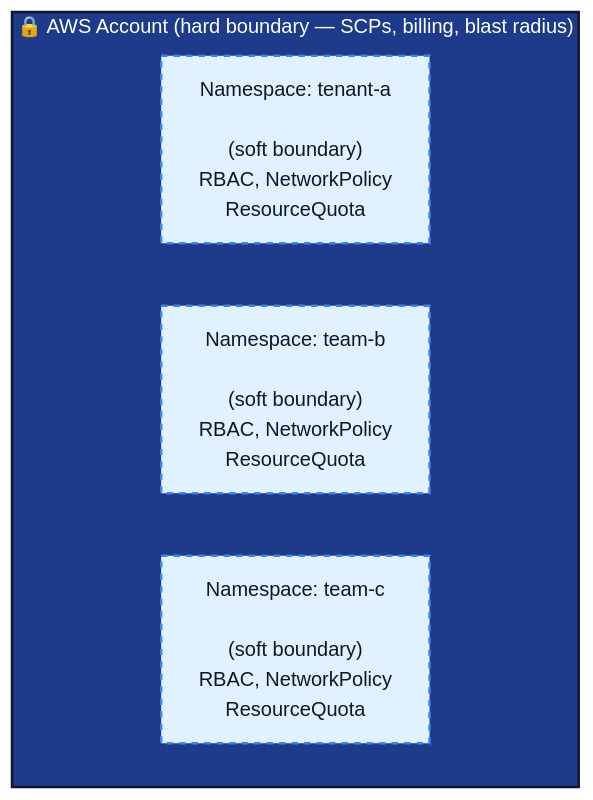
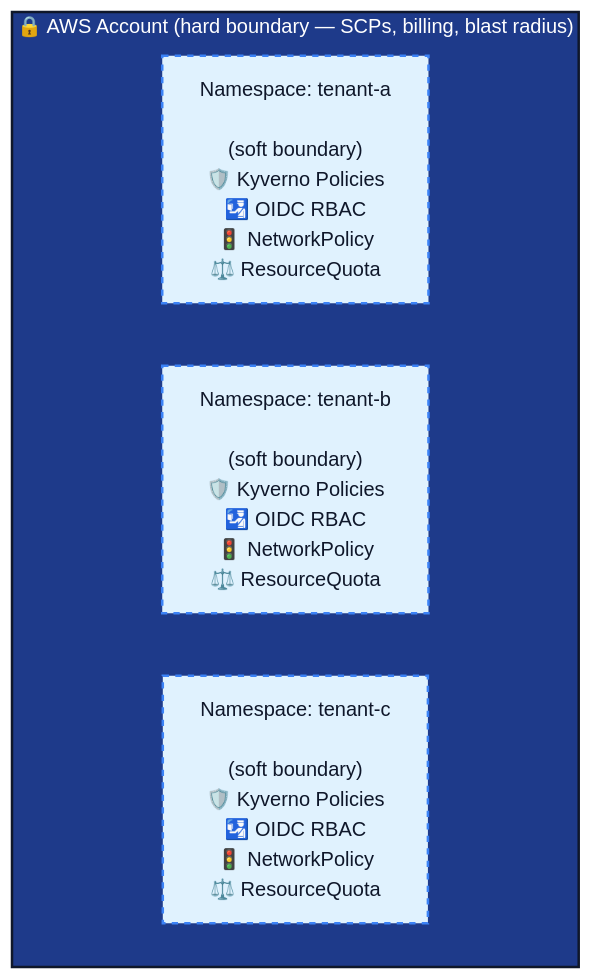
Before and after one commit to ok-karthik/internal-developer-platform: the fourth of 4 diagrams in README.md, drawn with Mermaid (base theme).

Commit message:
docs: update AWS architecture diagram to detail security and governance policies for tenants

````diff
--- a/README.md
+++ b/README.md
@@ -278,15 +278,15 @@
 ```mermaid
 flowchart TB
     subgraph AWS ["🔒 AWS Account (hard boundary — SCPs, billing, blast radius)"]
         direction LR
-        A["Namespace: tenant-a<br/><br/>(soft boundary)<br/>RBAC, NetworkPolicy<br/>ResourceQuota"]
-        B["Namespace: team-b<br/><br/>(soft boundary)<br/>RBAC, NetworkPolicy<br/>ResourceQuota"]
-        C["Namespace: team-c<br/><br/>(soft boundary)<br/>RBAC, NetworkPolicy<br/>ResourceQuota"]
+        A["Namespace: tenant-a<br/><br/>(soft boundary)<br/>🛡️ Kyverno Policies<br/>🛂 OIDC RBAC<br/>🚦 NetworkPolicy<br/>⚖️ ResourceQuota"]
+        B["Namespace: tenant-b<br/><br/>(soft boundary)<br/>🛡️ Kyverno Policies<br/>🛂 OIDC RBAC<br/>🚦 NetworkPolicy<br/>⚖️ ResourceQuota"]
+        C["Namespace: tenant-c<br/><br/>(soft boundary)<br/>🛡️ Kyverno Policies<br/>🛂 OIDC RBAC<br/>🚦 NetworkPolicy<br/>⚖️ ResourceQuota"]
     end
 
     classDef outer fill:#1e3a8a,stroke:#0f172a,stroke-width:2px,color:#ffffff;
     classDef inner fill:#e0f2fe,stroke:#3b82f6,stroke-width:2px,stroke-dasharray: 5 5,color:#0f172a;
 
     class AWS outer;
     class A,B,C inner;
 ```
````
